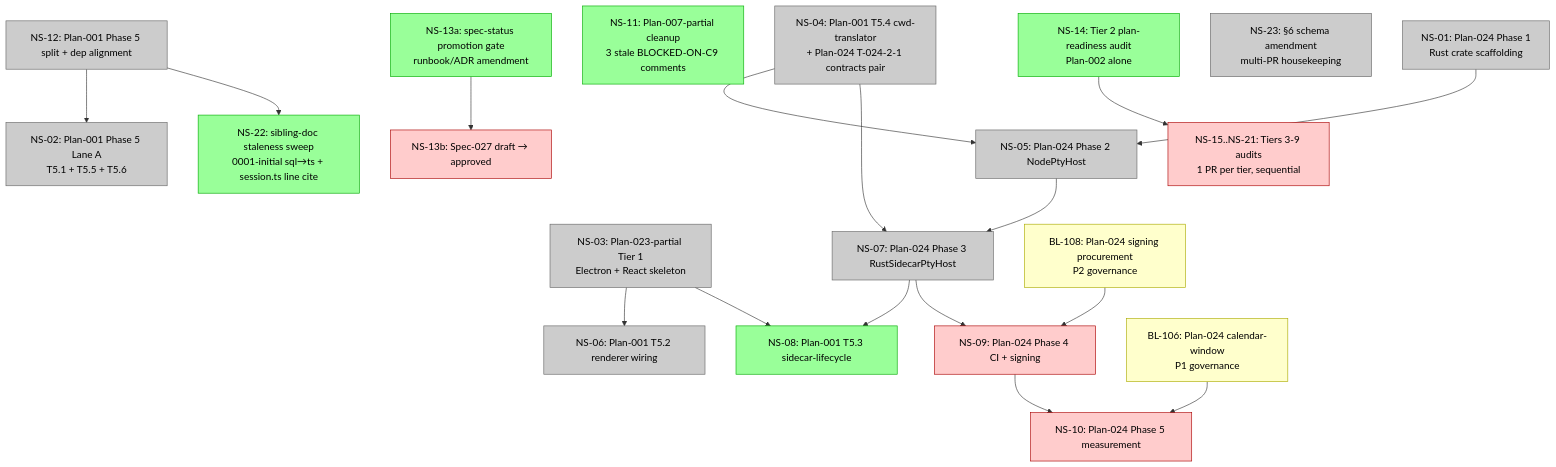
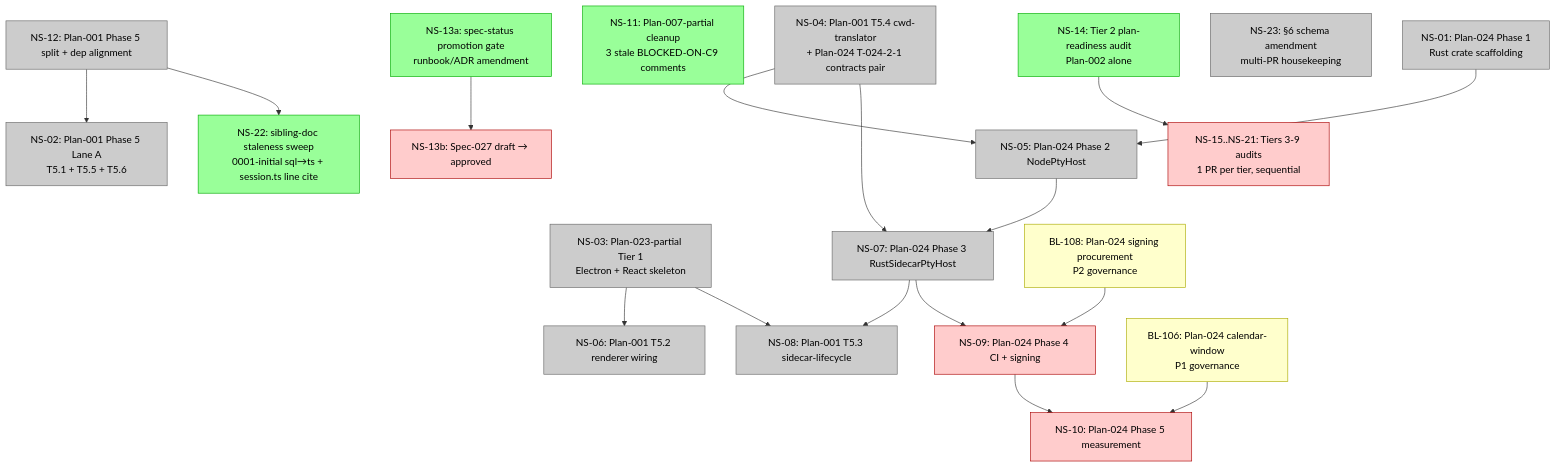
One commit to Sawmonabo/ai-sidekicks changed the diagram in docs/architecture/cross-plan-dependencies.md. Above: the diagram before and after it, drawn with Mermaid. The commit also changed other lines of this file, not shown here.

````diff
--- a/docs/architecture/cross-plan-dependencies.md
+++ b/docs/architecture/cross-plan-dependencies.md
@@ -284,56 +284,56 @@
 ```mermaid
 graph TB
   %% READY (no upstream NS-XX blockers, or all upstream satisfied)
   NS01[NS-01: Plan-024 Phase 1<br/>Rust crate scaffolding]:::completed
   NS02[NS-02: Plan-001 Phase 5 Lane A<br/>T5.1 + T5.5 + T5.6]:::completed
   NS03[NS-03: Plan-023-partial Tier 1<br/>Electron + React skeleton]:::completed
   NS04[NS-04: Plan-001 T5.4 cwd-translator<br/>+ Plan-024 T-024-2-1 contracts pair]:::completed
   NS11[NS-11: Plan-007-partial cleanup<br/>3 stale BLOCKED-ON-C9 comments]:::ready
   NS13a[NS-13a: spec-status promotion gate<br/>runbook/ADR amendment]:::ready
   NS14[NS-14: Tier 2 plan-readiness audit<br/>Plan-002 alone]:::ready
   NS22[NS-22: sibling-doc staleness sweep<br/>0001-initial sql→ts + session.ts line cite]:::ready
   NS06[NS-06: Plan-001 T5.2 renderer wiring]:::completed
-  NS08[NS-08: Plan-001 T5.3 sidecar-lifecycle]:::ready
+  NS08[NS-08: Plan-001 T5.3 sidecar-lifecycle]:::completed
   NS23[NS-23: §6 schema amendment<br/>multi-PR housekeeping]:::completed
   NS05[NS-05: Plan-024 Phase 2 NodePtyHost]:::completed
   NS07[NS-07: Plan-024 Phase 3 RustSidecarPtyHost]:::completed
 
   %% BLOCKED
   NS09[NS-09: Plan-024 Phase 4 CI + signing]:::blocked
   NS10[NS-10: Plan-024 Phase 5 measurement]:::blocked
   NS13b[NS-13b: Spec-027 draft → approved]:::blocked
   NS15[NS-15..NS-21: Tiers 3-9 audits<br/>1 PR per tier, sequential]:::blocked
 
   %% COMPLETED
   NS12[NS-12: Plan-001 Phase 5 split + dep alignment]:::completed
 
   %% EXISTING BACKLOG (governance)
   BL106[BL-106: Plan-024 calendar-window<br/>P1 governance]:::governance
   BL108[BL-108: Plan-024 signing procurement<br/>P2 governance]:::governance
 
   %% Code track edges
   NS12 --> NS02
   NS12 --> NS22
   NS01 --> NS05
   NS04 --> NS05
   NS04 --> NS07
   NS05 --> NS07
   NS03 --> NS06
   NS03 --> NS08
   NS07 --> NS08
   NS07 --> NS09
   BL108 --> NS09
   NS09 --> NS10
   BL106 --> NS10
 
   %% Governance chain
   NS13a --> NS13b
 
   %% Audit chain
   NS14 --> NS15
 
   classDef ready fill:#9f9,stroke:#0a0,color:#000
   classDef blocked fill:#fcc,stroke:#a00,color:#000
   classDef completed fill:#ccc,stroke:#666,color:#000
   classDef governance fill:#ffc,stroke:#aa0,color:#000
 ```
````
